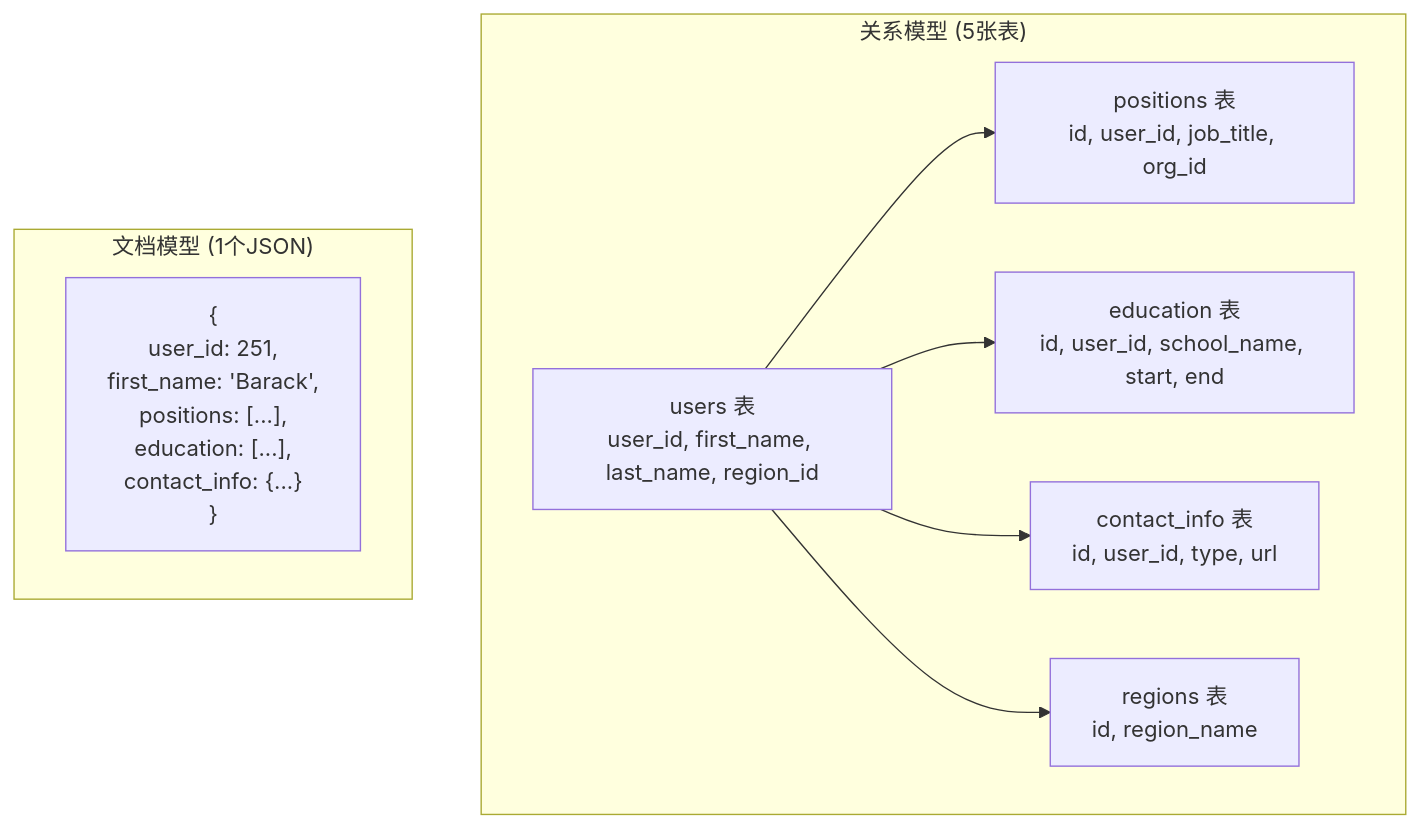
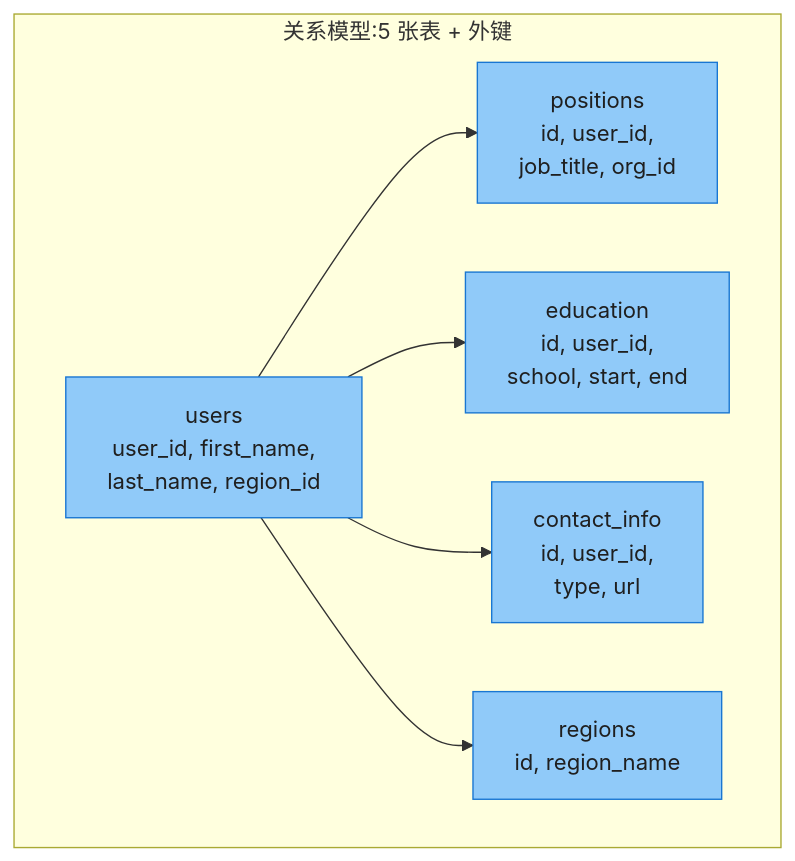
Before and after one commit to socoo123/ddia_2nd: the fourth of 16 diagrams in ch03-数据模型与查询语言.md, drawn with Mermaid. The commit also changed other lines of this file and 8 other files, not shown here.

First line of the commit message:
重写 ch01-ch09 读书笔记：风格统一 + 内容扩充 + 大量图表

````diff
--- a/ch03-数据模型与查询语言.md
+++ b/ch03-数据模型与查询语言.md
@@ -115,19 +98,21 @@
 ```mermaid
-graph TB
-    subgraph Relational["关系模型 (5张表)"]
-        users["users 表<br/>user_id, first_name, last_name, region_id"]
-        positions["positions 表<br/>id, user_id, job_title, org_id"]
-        education["education 表<br/>id, user_id, school_name, start, end"]
-        contact["contact_info 表<br/>id, user_id, type, url"]
-        regions["regions 表<br/>id, region_name"]
+flowchart TB
+    subgraph REL["关系模型:5 张表 + 外键"]
+        users["users<br/>user_id, first_name,<br/>last_name, region_id"]
+        positions["positions<br/>id, user_id,<br/>job_title, org_id"]
+        education["education<br/>id, user_id,<br/>school, start, end"]
+        contact["contact_info<br/>id, user_id,<br/>type, url"]
+        regions["regions<br/>id, region_name"]
+
+        users --> positions
+        users --> education
+        users --> contact
+        users --> regions
     end
 
-    subgraph Document["文档模型 (1个JSON)"]
-        doc["{<br/>  user_id: 251,<br/>  first_name: 'Barack',<br/>  positions: [...],<br/>  education: [...],<br/>  contact_info: {...}<br/>}"]
-    end
-
-    users --> positions
-    users --> education
-    users --> contact
-    users --> regions
+    style users fill:#90CAF9,stroke:#1976D2,color:#1f1f1f
+    style positions fill:#90CAF9,stroke:#1976D2,color:#1f1f1f
+    style education fill:#90CAF9,stroke:#1976D2,color:#1f1f1f
+    style contact fill:#90CAF9,stroke:#1976D2,color:#1f1f1f
+    style regions fill:#90CAF9,stroke:#1976D2,color:#1f1f1f
 ```
````
